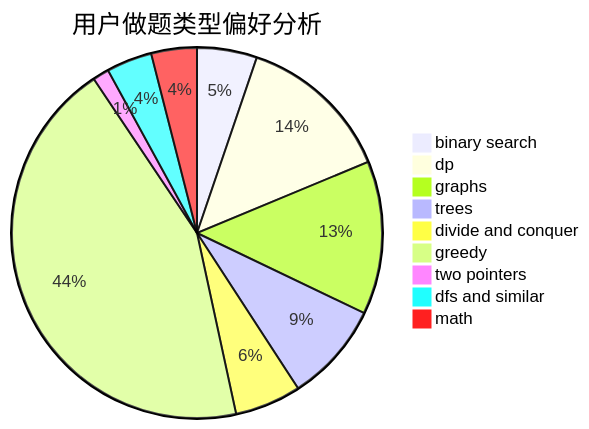
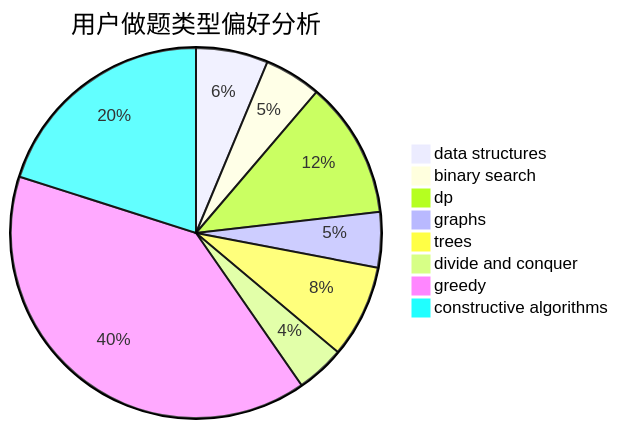
The second of 3 diagrams in docs/user/u387.md (sherpahu/cfrs.github.io), drawn with Mermaid before and after one commit. The commit also changed other lines of this file and 2775 other files, not shown here.

````diff
--- a/docs/user/u387.md
+++ b/docs/user/u387.md
@@ -23,12 +23,11 @@
 ```mermaid
 pie title 用户做题类型偏好分析
-    "binary search" :  84
-    "dp" :  217
-    "graphs" :  215
-    "trees" :  140
-    "divide and conquer" :  93
-    "greedy" :  707
-    "two pointers" :  23
-    "dfs and similar" :  64
-    "math" :  64
+    "data structures" :  104
+    "binary search" :  82
+    "dp" :  197
+    "graphs" :  80
+    "trees" :  134
+    "divide and conquer" :  70
+    "greedy" :  654
+    "constructive algorithms" :  332
 ```
````
